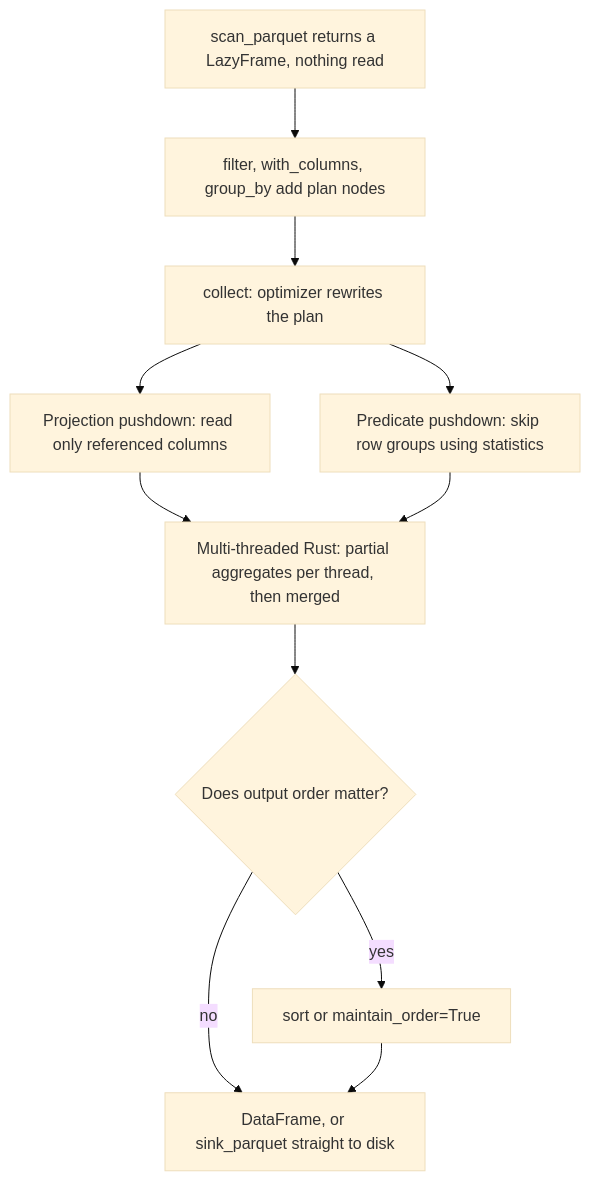
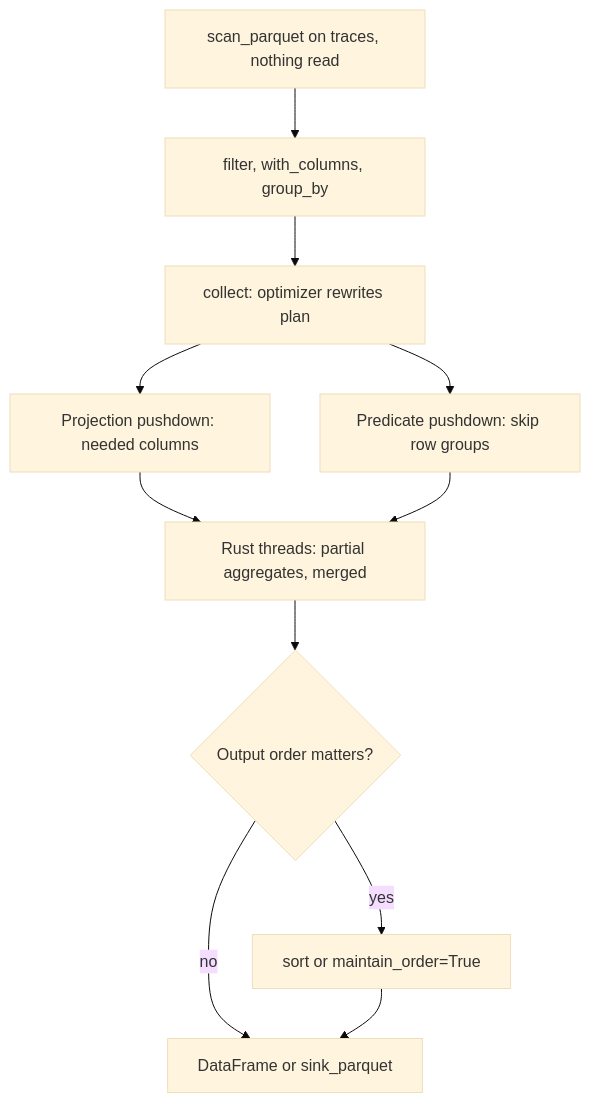
The diagram in content/python-for-ai/polars.md (lovishmahajan97/agentic-learning), drawn with Mermaid (base theme) before and after one commit. The commit also changed other lines of this file and 266 other files, not shown here.

````diff
--- a/content/python-for-ai/polars.md
+++ b/content/python-for-ai/polars.md
@@ -93,13 +108,13 @@
 ```mermaid
 flowchart TD
-    S["scan_parquet returns a LazyFrame, nothing read"] --> P["filter, with_columns, group_by add plan nodes"]
-    P --> O["collect: optimizer rewrites the plan"]
-    O --> PP["Projection pushdown: read only referenced columns"]
-    O --> PR["Predicate pushdown: skip row groups using statistics"]
-    PP --> X["Multi-threaded Rust: partial aggregates per thread, then merged"]
+    S["scan_parquet on traces, nothing read"] --> P["filter, with_columns, group_by"]
+    P --> O["collect: optimizer rewrites plan"]
+    O --> PP["Projection pushdown: needed columns"]
+    O --> PR["Predicate pushdown: skip row groups"]
+    PP --> X["Rust threads: partial aggregates, merged"]
     PR --> X
-    X --> Q{"Does output order matter?"}
+    X --> Q{"Output order matters?"}
     Q -->|"yes"| SO["sort or maintain_order=True"]
-    Q -->|"no"| R["DataFrame, or sink_parquet straight to disk"]
+    Q -->|"no"| R["DataFrame or sink_parquet"]
     SO --> R
 ```
````
